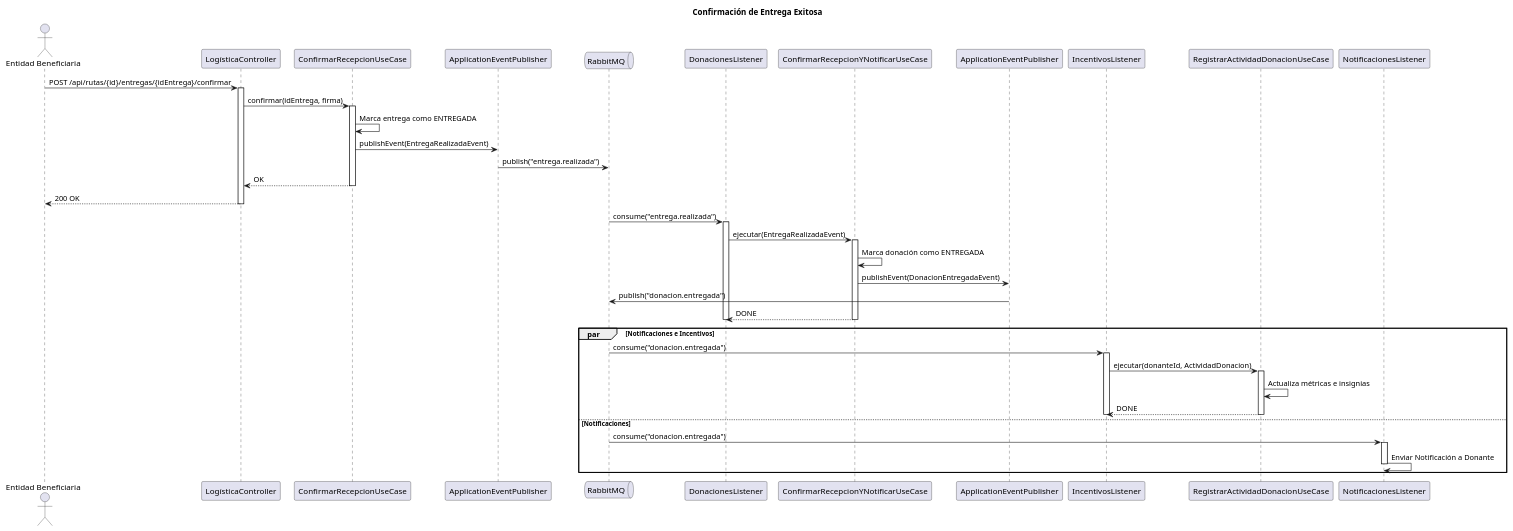
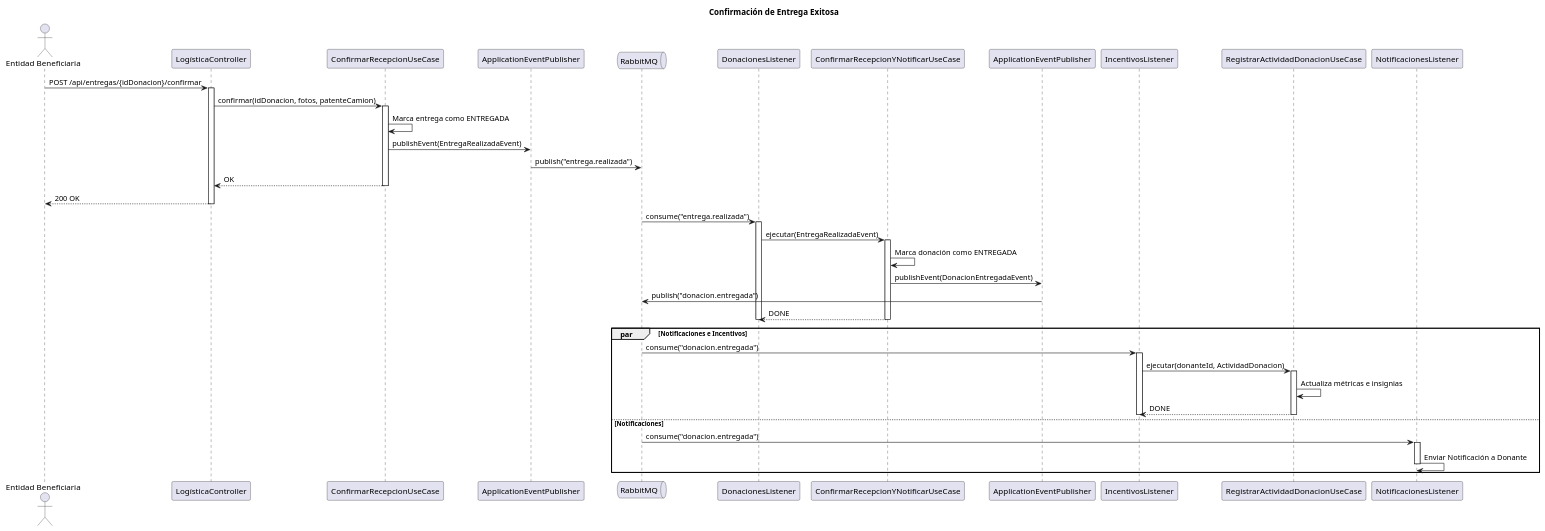
The diagram in diagramas/secuencias/Secuencia-EntregaExitosa.puml (matefernandezcc/DonaTrack), drawn with PlantUML before and after one commit. The commit also changed 3 other files, not shown here.

Commit message:
DOC: Cambios en los diagramas

```diff
--- a/diagramas/secuencias/Secuencia-EntregaExitosa.puml
+++ b/diagramas/secuencias/Secuencia-EntregaExitosa.puml
@@ -1,55 +1,56 @@
 @startuml Secuencia-EntregaExitosa
+!pragma layout smetana
 title Confirmación de Entrega Exitosa
 
 actor "Entidad Beneficiaria" as ong
 participant "LogísticaController" as logCtrl
 participant "ConfirmarRecepcionUseCase" as confRecepcion
 participant "ApplicationEventPublisher" as logPublisher
 queue "RabbitMQ" as mq
 participant "DonacionesListener" as donListener
 participant "ConfirmarRecepcionYNotificarUseCase" as donConf
 participant "ApplicationEventPublisher" as donPublisher
 participant "IncentivosListener" as incListener
 participant "RegistrarActividadDonacionUseCase" as incUseCase
 participant "NotificacionesListener" as notiListener
 
-ong -> logCtrl: POST /api/rutas/{id}/entregas/{idEntrega}/confirmar
+ong -> logCtrl: POST /api/entregas/{idDonacion}/confirmar
 activate logCtrl
-logCtrl -> confRecepcion: confirmar(idEntrega, firma)
+logCtrl -> confRecepcion: confirmar(idDonacion, fotos, patenteCamion)
 activate confRecepcion
 confRecepcion -> confRecepcion: Marca entrega como ENTREGADA
 confRecepcion -> logPublisher: publishEvent(EntregaRealizadaEvent)
 logPublisher -> mq: publish("entrega.realizada")
 confRecepcion --> logCtrl: OK
 deactivate confRecepcion
 logCtrl --> ong: 200 OK
 deactivate logCtrl
 
 mq -> donListener: consume("entrega.realizada")
 activate donListener
 donListener -> donConf: ejecutar(EntregaRealizadaEvent)
 activate donConf
 donConf -> donConf: Marca donación como ENTREGADA
 donConf -> donPublisher: publishEvent(DonacionEntregadaEvent)
 donPublisher -> mq: publish("donacion.entregada")
 donConf --> donListener: DONE
 deactivate donConf
 deactivate donListener
 
 par Notificaciones e Incentivos
     mq -> incListener: consume("donacion.entregada")
     activate incListener
     incListener -> incUseCase: ejecutar(donanteId, ActividadDonacion)
     activate incUseCase
     incUseCase -> incUseCase: Actualiza métricas e insignias
     incUseCase --> incListener: DONE
     deactivate incUseCase
     deactivate incListener
 else Notificaciones
     mq -> notiListener: consume("donacion.entregada")
     activate notiListener
     notiListener -> notiListener: Enviar Notificación a Donante
     deactivate notiListener
 end
 
 @enduml
```
